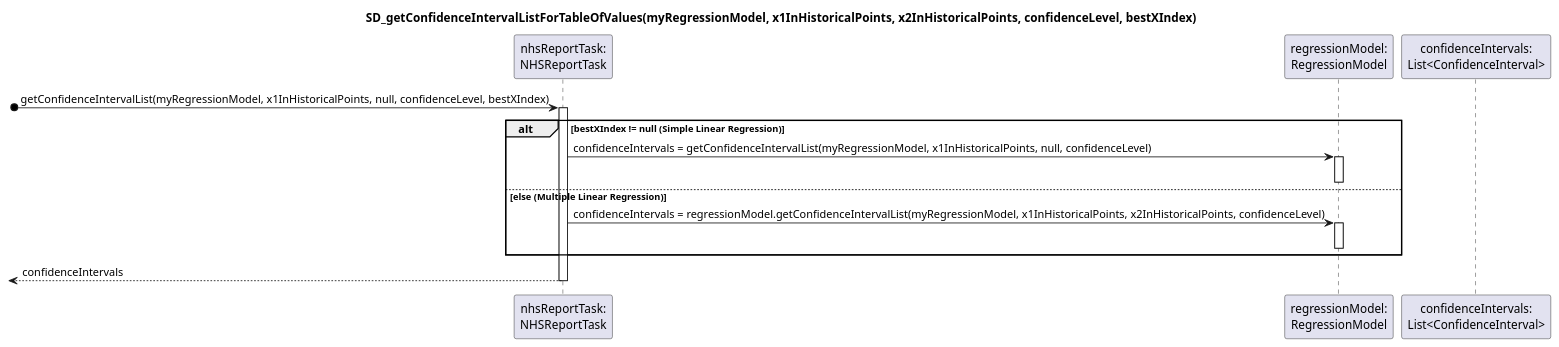
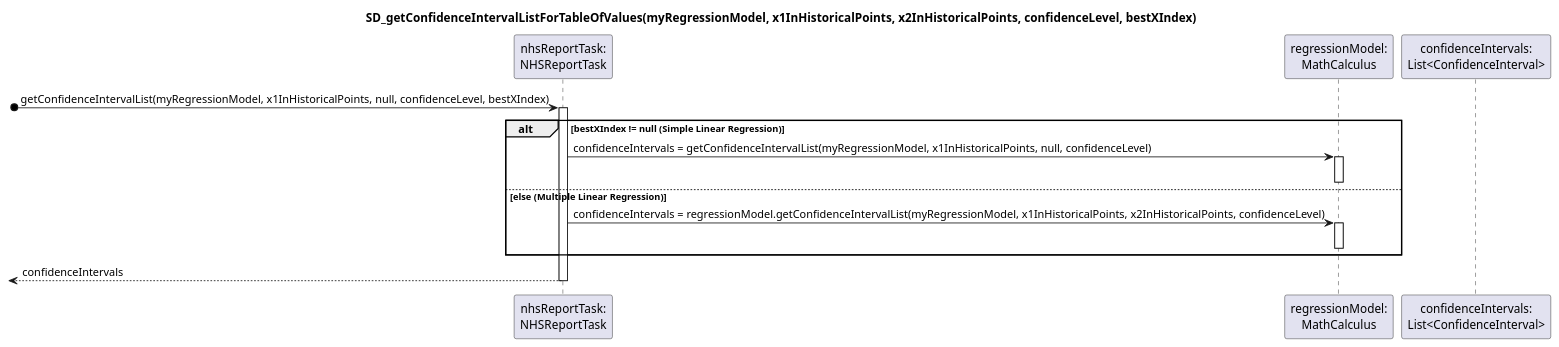
Before and after one commit to ana-albergaria/LAPR2-ISEP: the diagram in docs/SprintD/US_19/US19_SD_getConfidenceIntervalListForTableOfValues7.puml, drawn with PlantUML. The commit also changed 7 other files, not shown here.

```diff
--- a/docs/SprintD/US_19/US19_SD_getConfidenceIntervalListForTableOfValues7.puml
+++ b/docs/SprintD/US_19/US19_SD_getConfidenceIntervalListForTableOfValues7.puml
@@ -1,25 +1,25 @@
 @startuml
 
 title SD_getConfidenceIntervalListForTableOfValues(myRegressionModel, x1InHistoricalPoints, x2InHistoricalPoints, confidenceLevel, bestXIndex)
 
 participant "nhsReportTask:\nNHSReportTask" as TASK
-participant "regressionModel:\nRegressionModel" as REGRESSION_MODEL
+participant "regressionModel:\nMathCalculus" as REGRESSION_MODEL
 participant "confidenceIntervals:\nList<ConfidenceInterval>"
 
 [o-> TASK : getConfidenceIntervalList(myRegressionModel, x1InHistoricalPoints, null, confidenceLevel, bestXIndex)
 
 activate TASK
 alt bestXIndex != null (Simple Linear Regression)
 TASK -> REGRESSION_MODEL : confidenceIntervals = getConfidenceIntervalList(myRegressionModel, x1InHistoricalPoints, null, confidenceLevel)
 activate REGRESSION_MODEL
 deactivate REGRESSION_MODEL
 else else (Multiple Linear Regression)
 TASK -> REGRESSION_MODEL : confidenceIntervals = regressionModel.getConfidenceIntervalList(myRegressionModel, x1InHistoricalPoints, x2InHistoricalPoints, confidenceLevel)
 activate REGRESSION_MODEL
 deactivate REGRESSION_MODEL
 end
 
 [<-- TASK : confidenceIntervals
 deactivate TASK
 
 @enduml
```
